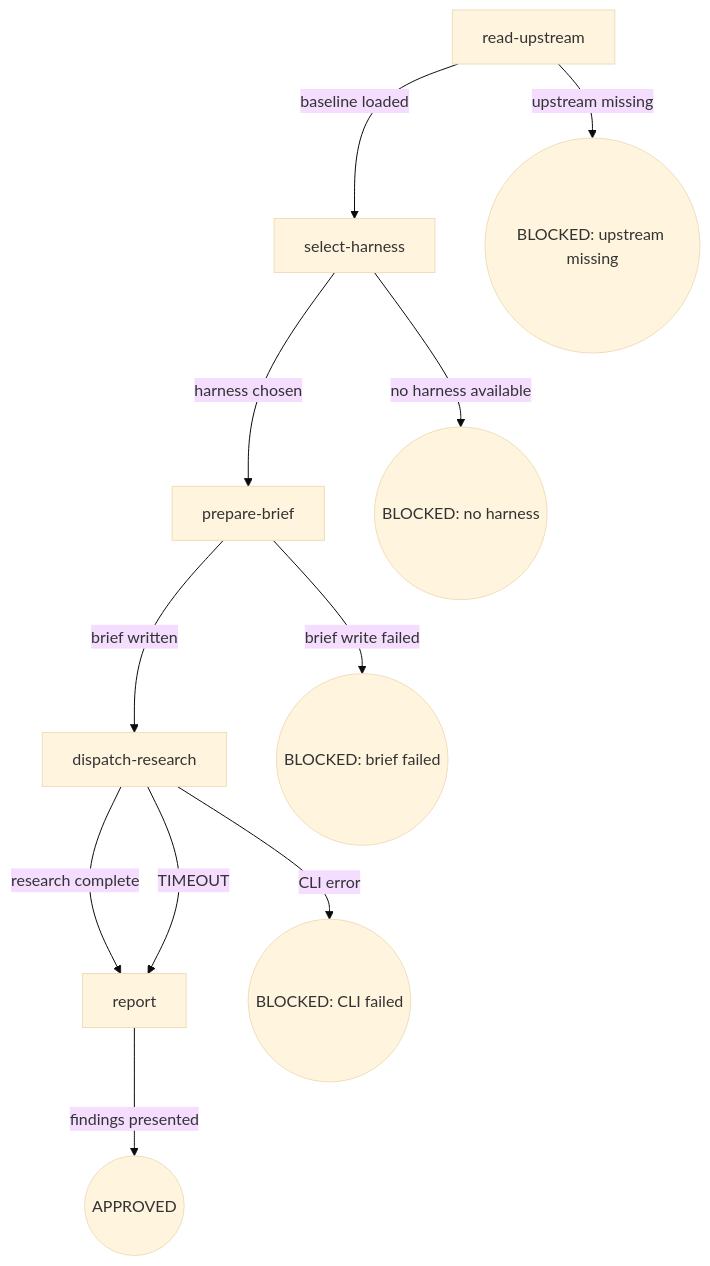
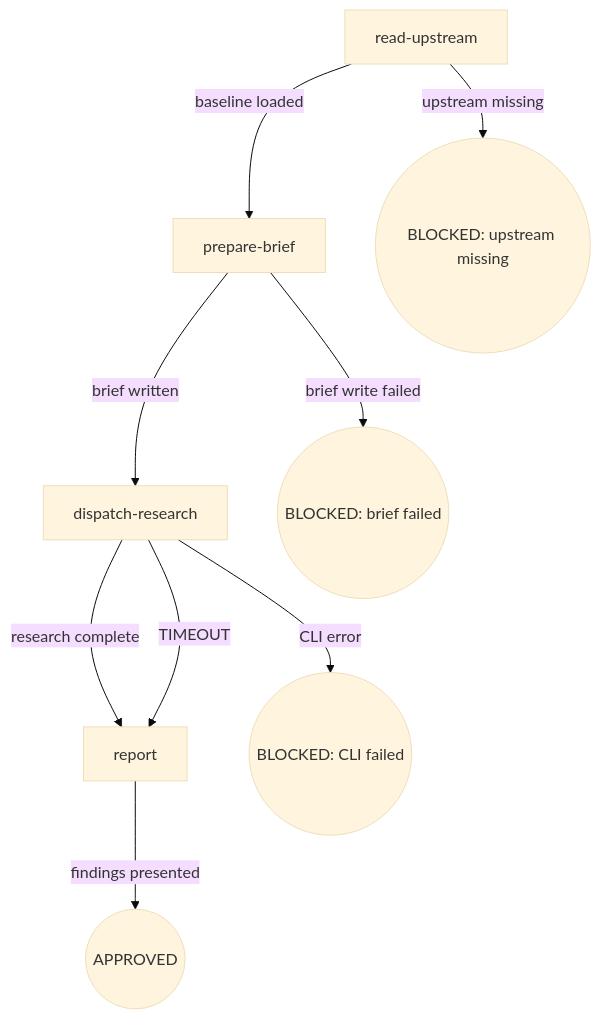
The diagram in packages/osuperpowers/.agents/skills/osuperpowers/cli-research/SKILL.md (Oscaner/skills), drawn with Mermaid (base theme) before and after one commit. The commit also changed other lines of this file and 23 other files, not shown here.

````diff
--- a/packages/osuperpowers/.agents/skills/osuperpowers/cli-research/SKILL.md
+++ b/packages/osuperpowers/.agents/skills/osuperpowers/cli-research/SKILL.md
@@ -12,13 +12,11 @@
 ```mermaid
 flowchart TD
-  A[read-upstream] -->|baseline loaded| B[select-harness]
+  A[read-upstream] -->|baseline loaded| C[prepare-brief]
   A -->|upstream missing| Z((BLOCKED: upstream missing))
-  B -->|harness chosen| C[prepare-brief]
-  B -->|no harness available| Z2((BLOCKED: no harness))
   C -->|brief written| D[dispatch-research]
   C -->|brief write failed| Z3((BLOCKED: brief failed))
   D -->|research complete| E[report]
   D -->|CLI error| Z4((BLOCKED: CLI failed))
   D -->|TIMEOUT| E[report]
   E -->|findings presented| F((APPROVED))
 ```
````
